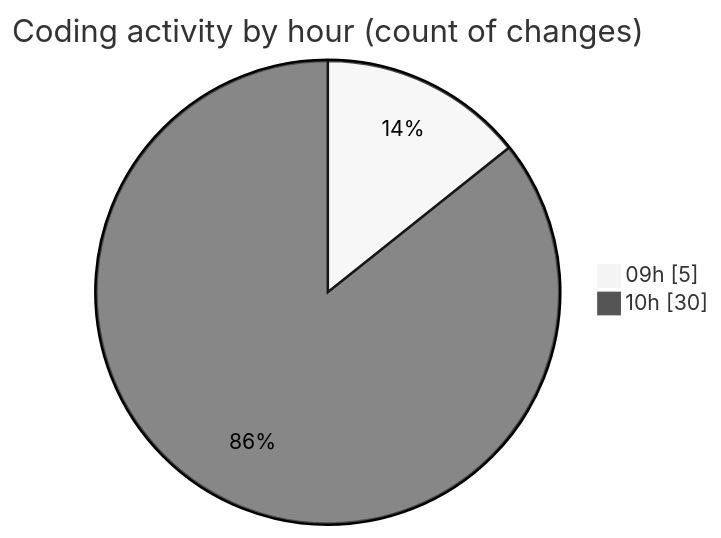
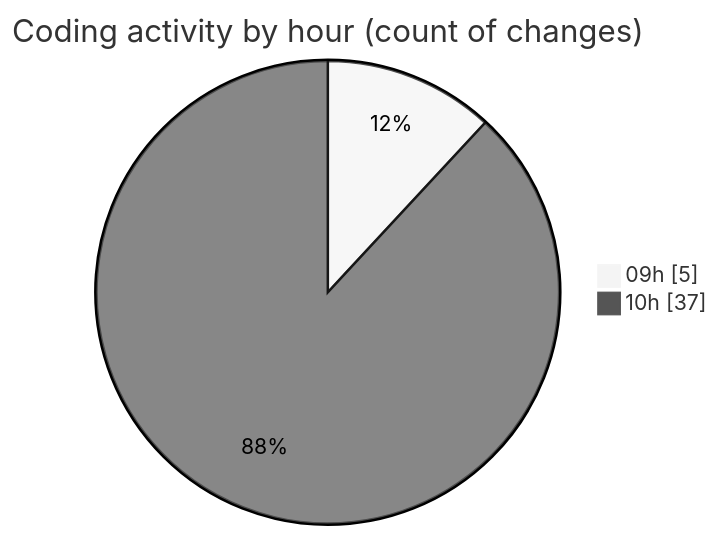
One commit to CELIANVF/code-tracking changed the second of 2 diagrams in 2025-06-02/ecodeli-1/README.md. Above: the diagram before and after it, drawn with Mermaid (neutral theme). The commit also changed other lines of this file and 1 other file, not shown here.

````diff
--- a/2025-06-02/ecodeli-1/README.md
+++ b/2025-06-02/ecodeli-1/README.md
@@ -53,6 +60,6 @@
 ```mermaid
 pie showData
 title Coding activity by hour (count of changes)
 "09h" : 5
-"10h" : 30
+"10h" : 37
 ```
````
